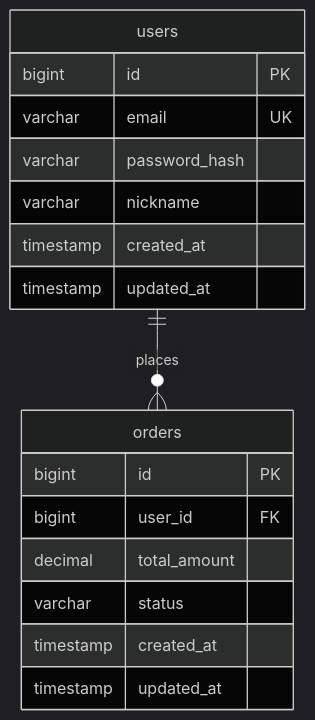
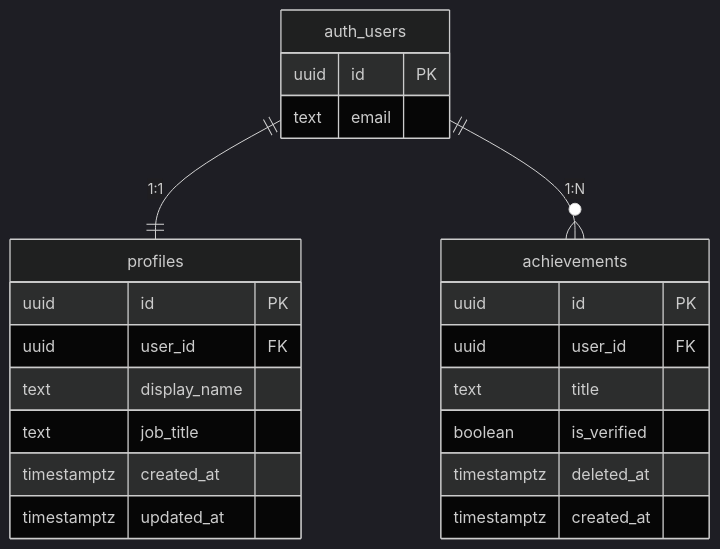
Before and after one commit to chiwonkim111/claude: the diagram in .claude/skills/db_schema_convention.md, drawn with Mermaid (dark theme). The commit also changed other lines of this file and 3 other files, not shown here.

First line of the commit message:
docs: update agent/skills to Supabase-based architecture

````diff
--- a/.claude/skills/db_schema_convention.md
+++ b/.claude/skills/db_schema_convention.md
@@ -75,22 +233,28 @@
 ```mermaid
 erDiagram
-    users {
-        bigint id PK
-        varchar email UK
-        varchar password_hash
-        varchar nickname
-        timestamp created_at
-        timestamp updated_at
+    auth_users {
+        uuid id PK
+        text email
     }
 
-    orders {
-        bigint id PK
-        bigint user_id FK
-        decimal total_amount
-        varchar status
-        timestamp created_at
-        timestamp updated_at
+    profiles {
+        uuid id PK
+        uuid user_id FK
+        text display_name
+        text job_title
+        timestamptz created_at
+        timestamptz updated_at
     }
 
-    users ||--o{ orders : "places"
+    achievements {
+        uuid id PK
+        uuid user_id FK
+        text title
+        boolean is_verified
+        timestamptz deleted_at
+        timestamptz created_at
+    }
+
+    auth_users ||--|| profiles : "1:1"
+    auth_users ||--o{ achievements : "1:N"
 ```
````
